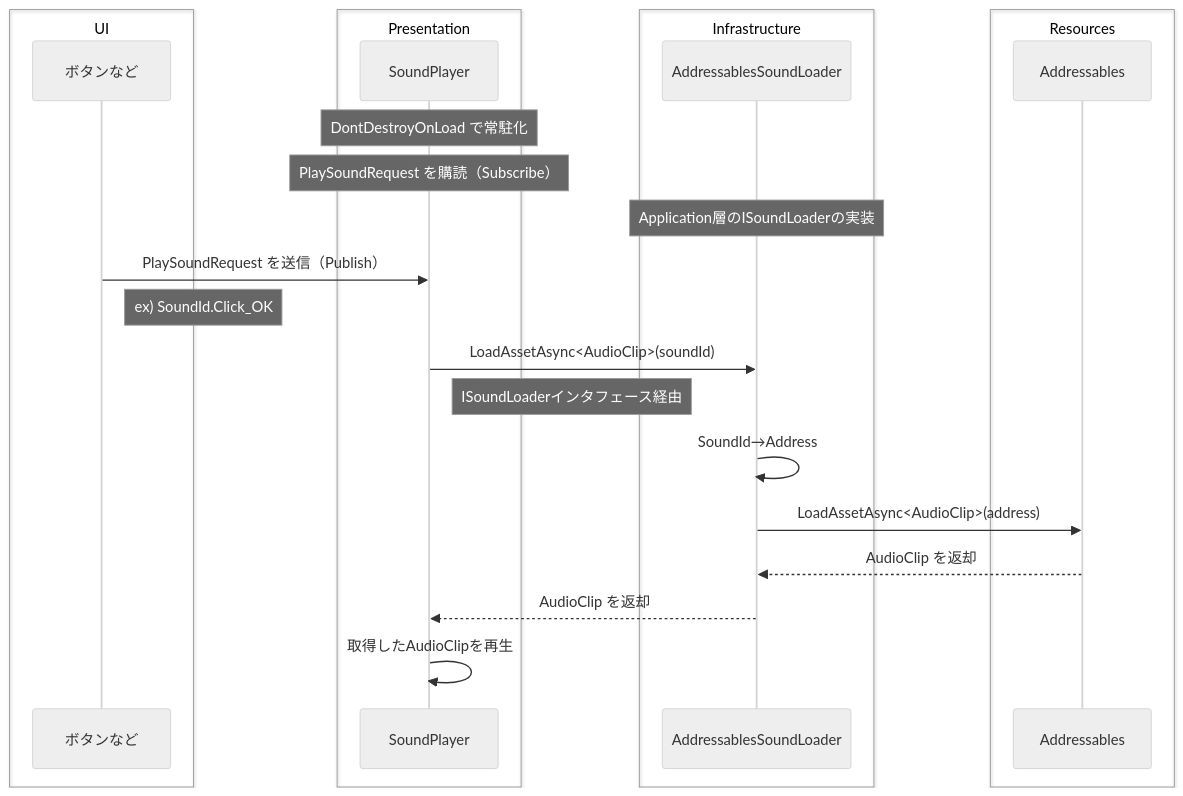
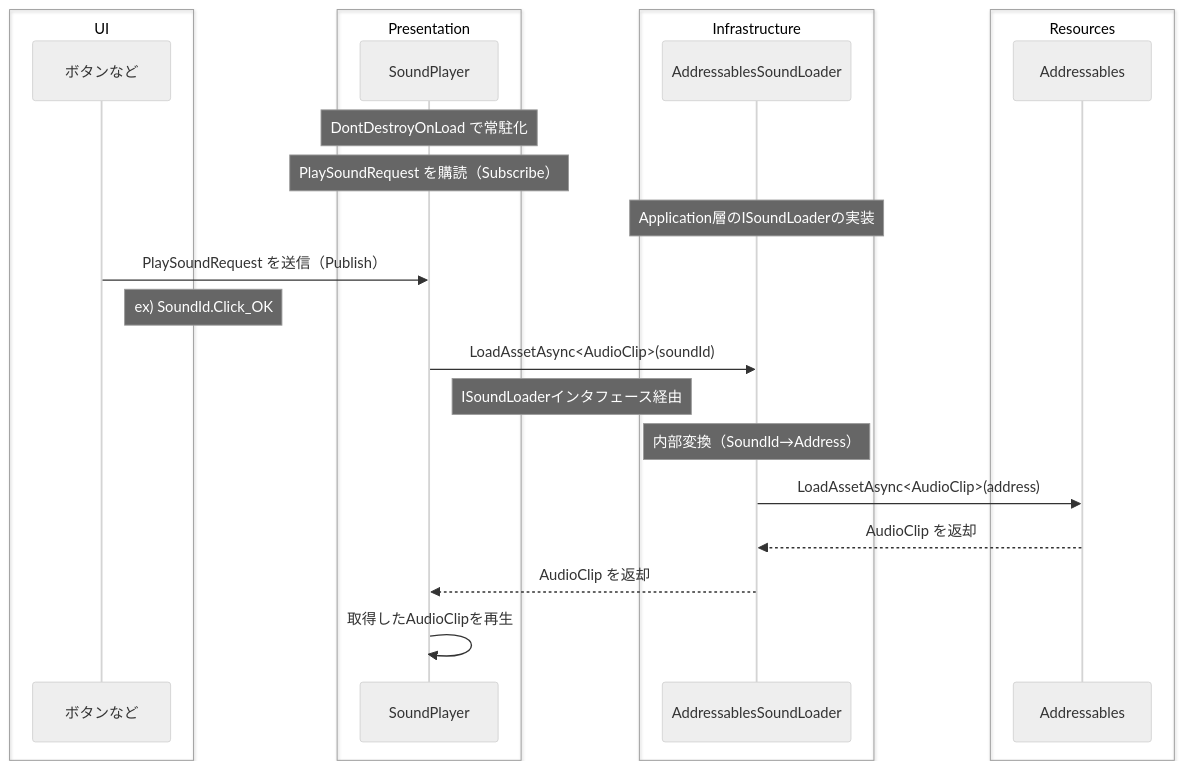
The first of 2 diagrams in articles/7a4e30c1f1dc75d41d28.md (ushibutatory/tech-blogs), drawn with Mermaid (neutral theme) before and after one commit. The commit also changed other lines of this file, not shown here.

````diff
--- a/articles/7a4e30c1f1dc75d41d28.md
+++ b/articles/7a4e30c1f1dc75d41d28.md
@@ -27,31 +27,31 @@
 ```mermaid
 sequenceDiagram
     box UI
         participant Button as ボタンなど
     end
     box Presentation
         participant SoundPlayer
     end
     Note over SoundPlayer: DontDestroyOnLoad で常駐化
     Note over SoundPlayer: PlaySoundRequest を購読（Subscribe）
     box Infrastructure
         participant AddressablesSoundLoader
     end
     Note over AddressablesSoundLoader: Application層のISoundLoaderの実装
     box Resources
         participant Addressables
     end
 
     Button->>SoundPlayer: PlaySoundRequest を送信（Publish）
     Note right of Button: ex) SoundId.Click_OK
 
     SoundPlayer->>AddressablesSoundLoader: LoadAssetAsync<AudioClip>(soundId)
     Note right of SoundPlayer: ISoundLoaderインタフェース経由
-    AddressablesSoundLoader->>AddressablesSoundLoader: SoundId→Address
+    Note over AddressablesSoundLoader: 内部変換（SoundId→Address）
     AddressablesSoundLoader->>Addressables: LoadAssetAsync<AudioClip>(address)
 
     Addressables-->>AddressablesSoundLoader: AudioClip を返却
     AddressablesSoundLoader-->>SoundPlayer: AudioClip を返却
 
     SoundPlayer->>SoundPlayer: 取得したAudioClipを再生
 ```
````
